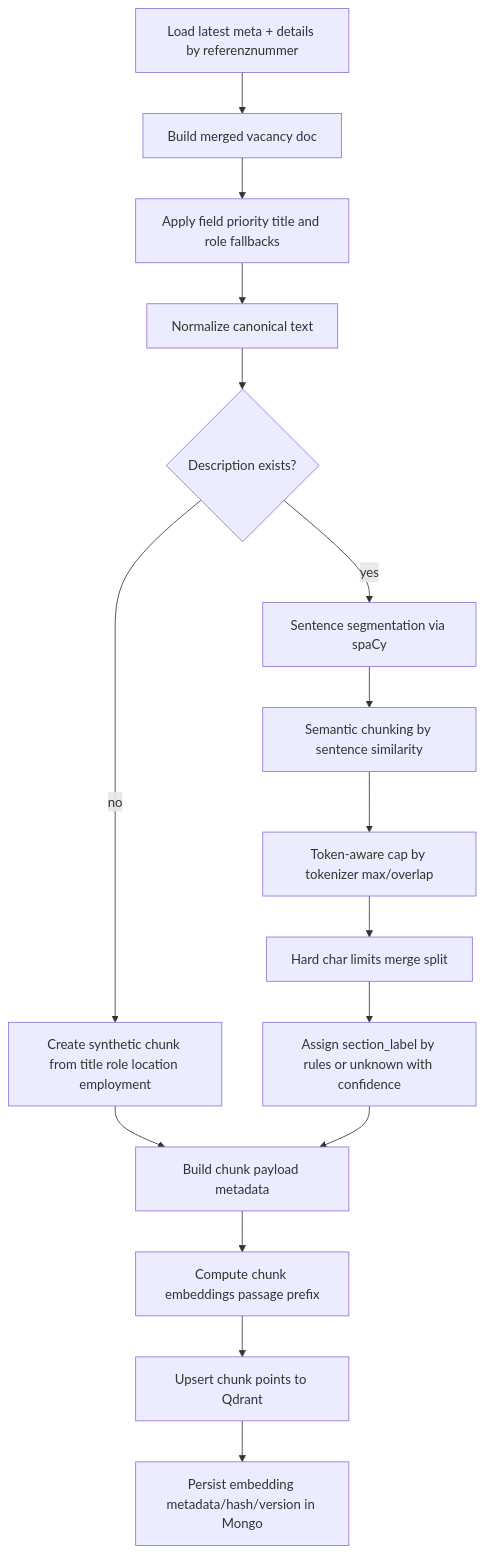
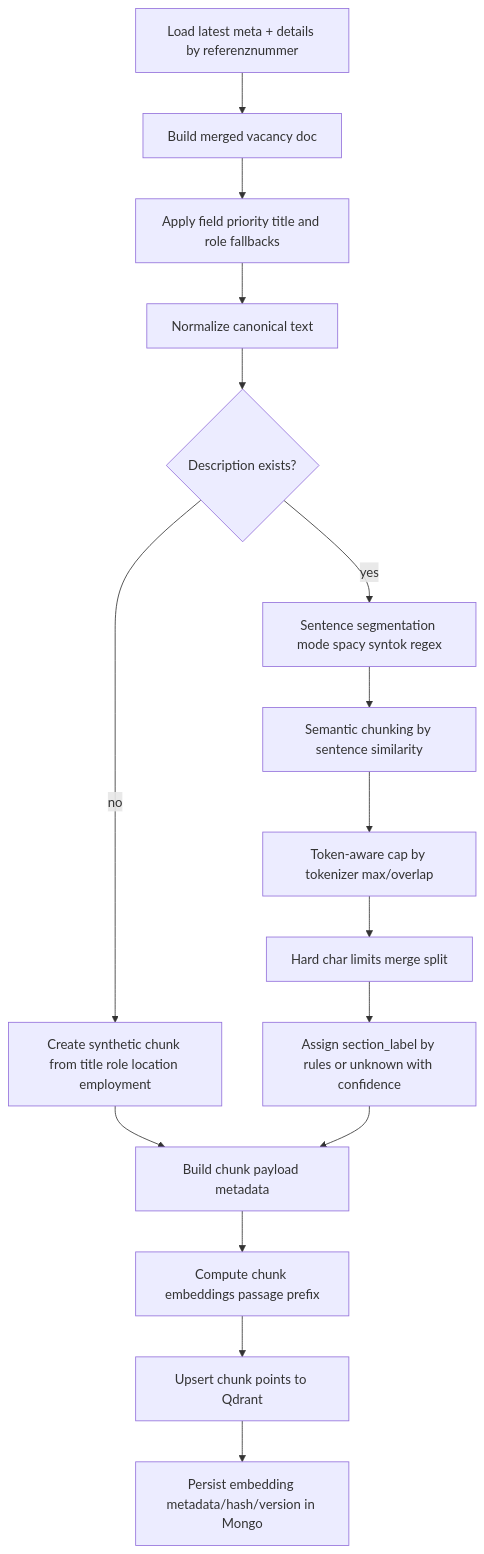
One commit to oleksiydi/jobseeker-cli-dev changed the diagram in docs/architecture/16-embedding-chunking-flow-diagram.md. Above: the diagram before and after it, drawn with Mermaid. The commit also changed other lines of this file and 6 other files, not shown here.

````diff
--- a/docs/architecture/16-embedding-chunking-flow-diagram.md
+++ b/docs/architecture/16-embedding-chunking-flow-diagram.md
@@ -11,21 +12,21 @@
 ```mermaid
 flowchart TD
     A[Load latest meta + details by referenznummer] --> B[Build merged vacancy doc]
     B --> C[Apply field priority title and role fallbacks]
     C --> D[Normalize canonical text]
     D --> E{Description exists?}
 
     E -- no --> F[Create synthetic chunk from title role location employment]
-    E -- yes --> P[Sentence segmentation via spaCy]
+    E -- yes --> P[Sentence segmentation mode spacy syntok regex]
     P --> Q[Semantic chunking by sentence similarity]
     Q --> T[Token-aware cap by tokenizer max/overlap]
     T --> U[Hard char limits merge split]
     U --> S[Assign section_label by rules or unknown with confidence]
 
     F --> K[Build chunk payload metadata]
     S --> K
 
     K --> L[Compute chunk embeddings passage prefix]
     L --> N[Upsert chunk points to Qdrant]
     N --> O[Persist embedding metadata/hash/version in Mongo]
 ```
````
